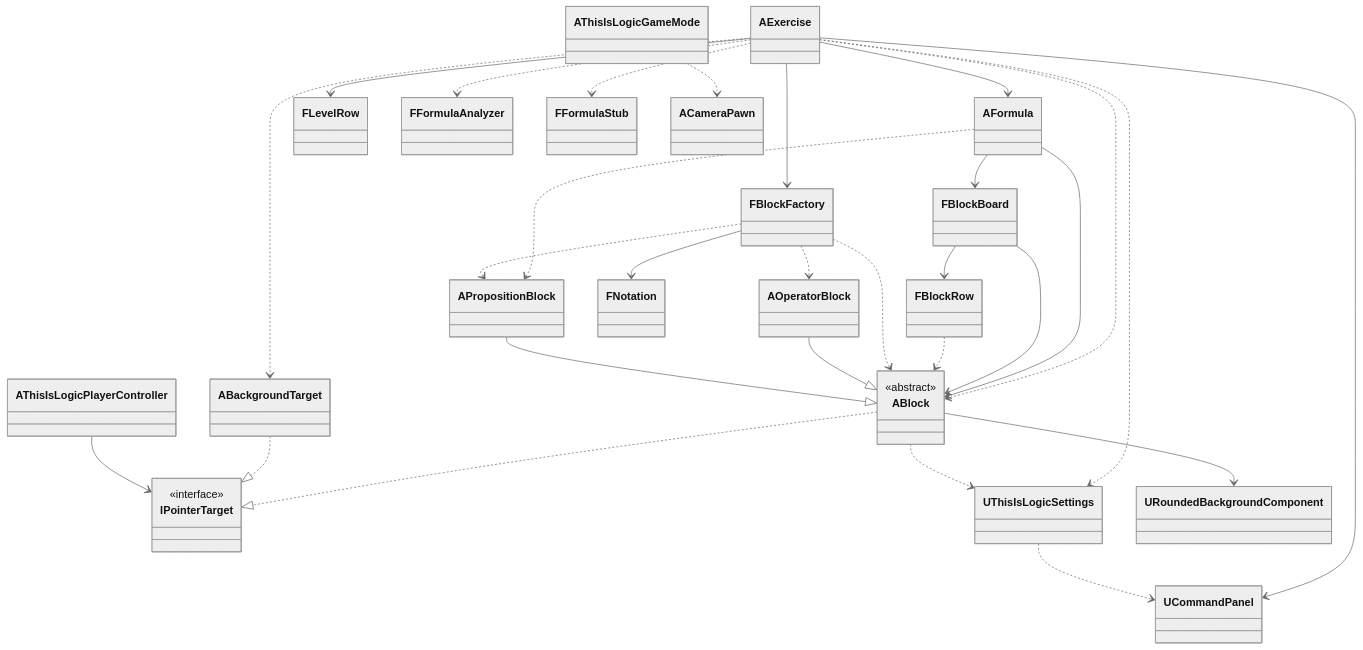
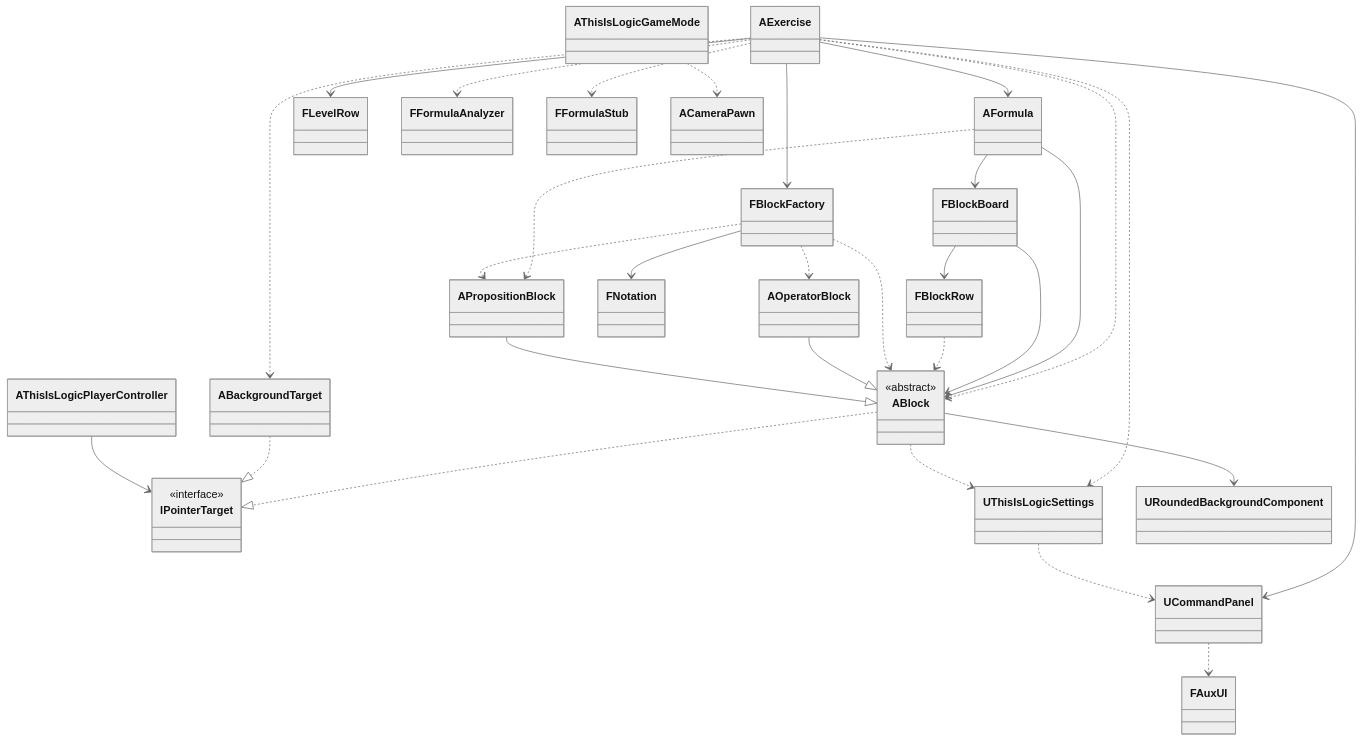
One commit to expn-pi/ThisIsLogic changed the diagram in README.md. Above: the diagram before and after it, drawn with Mermaid (neutral theme). The commit also changed other lines of this file and 9 other files, not shown here.

````diff
--- a/README.md
+++ b/README.md
@@ -77,45 +77,46 @@
 ```mermaid
 classDiagram
     class IPointerTarget {
         <<interface>>
     }
     class ABlock {
         <<abstract>>
     }
 
     AExercise --> AFormula
     AExercise --> UCommandPanel
     AExercise --> FLevelRow
     AExercise --> FBlockFactory
     AExercise ..> FFormulaAnalyzer
     AExercise ..> FFormulaStub
     AExercise ..> ABlock
     AExercise ..> ABackgroundTarget
     AExercise ..> UThisIsLogicSettings
 
     AFormula --> FBlockBoard
     AFormula --> ABlock
     AFormula ..> APropositionBlock
 
     FBlockBoard --> FBlockRow
     FBlockBoard --> ABlock
     FBlockRow ..> ABlock
 
     FBlockFactory --> FNotation
     FBlockFactory ..> ABlock
     FBlockFactory ..> AOperatorBlock
     FBlockFactory ..> APropositionBlock
 
     AOperatorBlock --|> ABlock
     APropositionBlock --|> ABlock
     ABlock ..|> IPointerTarget
     ABlock --> URoundedBackgroundComponent
     ABlock ..> UThisIsLogicSettings
 
     ABackgroundTarget ..|> IPointerTarget
     AThisIsLogicPlayerController --> IPointerTarget
 
     UThisIsLogicSettings ..> UCommandPanel
+    UCommandPanel ..> FAuxUI
 
     AThisIsLogicGameMode ..> ACameraPawn
 ```
````
